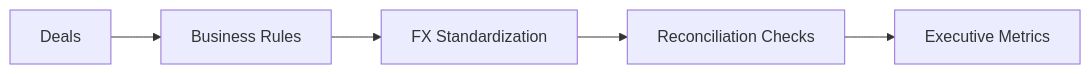
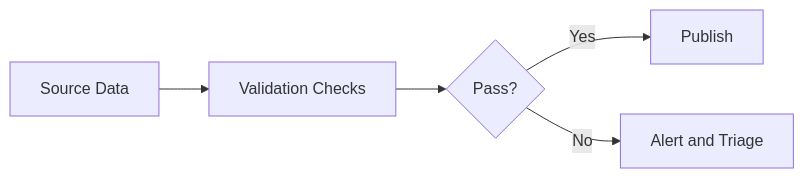
One commit to Kasala95/data-engineering-portfolio changed the diagram in projects/daily-linkedin-post-workflow/generated/latest-linkedin-post.md. Above: the diagram before and after it, drawn with Mermaid. The commit also changed other lines of this file and 3 other files, not shown here.

````diff
--- a/projects/daily-linkedin-post-workflow/generated/latest-linkedin-post.md
+++ b/projects/daily-linkedin-post-workflow/generated/latest-linkedin-post.md
@@ -25,7 +25,7 @@
 ```mermaid
 flowchart LR
-  A[Deals] --> B[Business Rules]
-  B --> C[FX Standardization]
-  C --> D[Reconciliation Checks]
-  D --> E[Executive Metrics]
+  A[Source Data] --> B[Validation Checks]
+  B --> C{Pass?}
+  C -->|Yes| D[Publish]
+  C -->|No| E[Alert and Triage]
 ```
````
